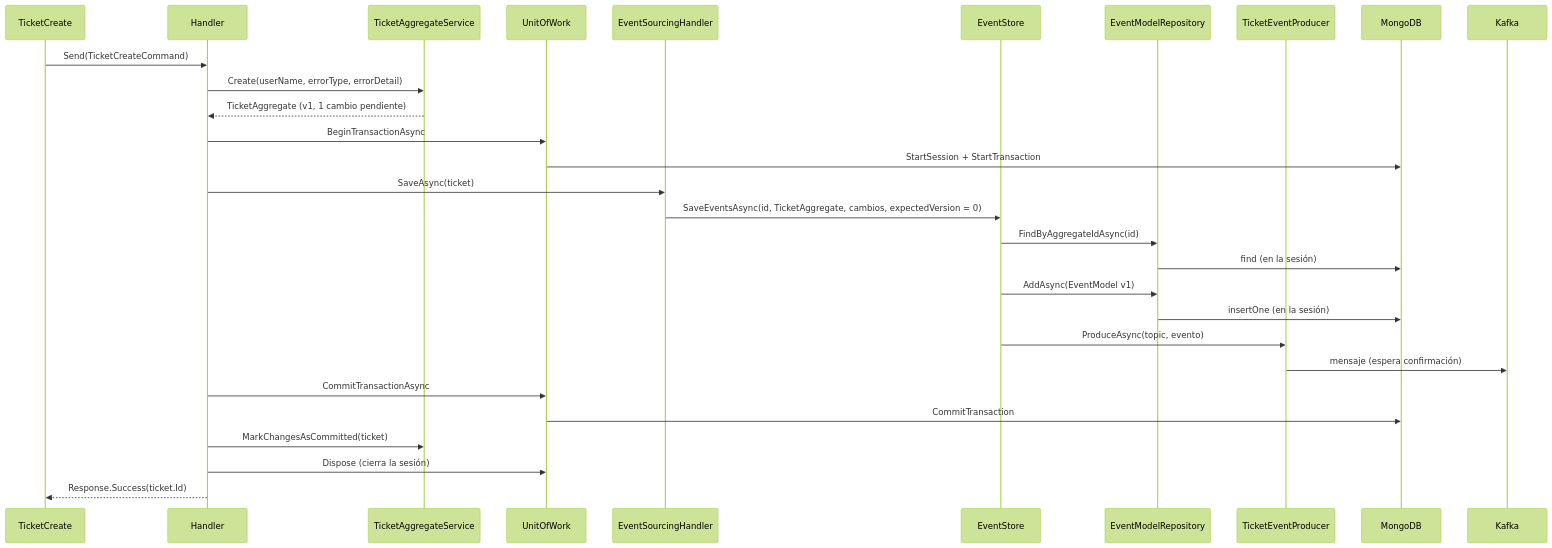
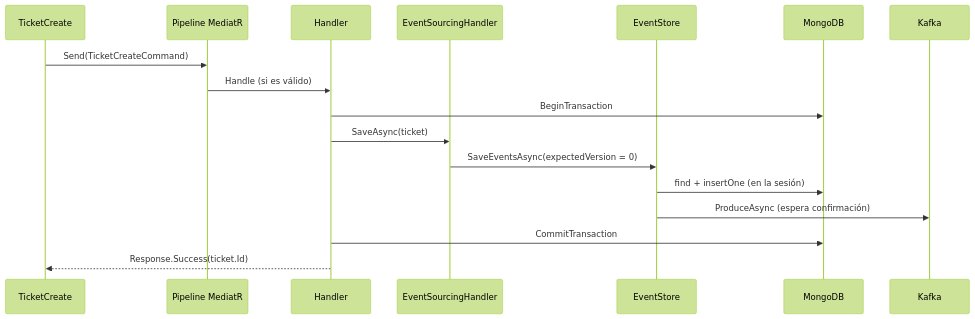
Before and after one commit to rubendevvalencia/BackendPortfolio: the second of 2 diagrams in Microservices-Events/docs/command/arquitectura.md, drawn with Mermaid (forest theme). The commit also changed other lines of this file and 11 other files, not shown here.

````diff
--- a/Microservices-Events/docs/command/arquitectura.md
+++ b/Microservices-Events/docs/command/arquitectura.md
@@ -229,31 +149,19 @@
 ```mermaid
 sequenceDiagram
     participant C as TicketCreate
+    participant V as Pipeline MediatR
     participant H as Handler
-    participant S as TicketAggregateService
-    participant U as UnitOfWork
     participant E as EventSourcingHandler
     participant ES as EventStore
-    participant R as EventModelRepository
-    participant P as TicketEventProducer
     participant M as MongoDB
     participant K as Kafka
-    C->>H: Send(TicketCreateCommand)
-    H->>S: Create(userName, errorType, errorDetail)
-    S-->>H: TicketAggregate (v1, 1 cambio pendiente)
-    H->>U: BeginTransactionAsync
-    U->>M: StartSession + StartTransaction
+    C->>V: Send(TicketCreateCommand)
+    V->>H: Handle (si es válido)
+    H->>M: BeginTransaction
     H->>E: SaveAsync(ticket)
-    E->>ES: SaveEventsAsync(id, TicketAggregate, cambios, expectedVersion = 0)
-    ES->>R: FindByAggregateIdAsync(id)
-    R->>M: find (en la sesión)
-    ES->>R: AddAsync(EventModel v1)
-    R->>M: insertOne (en la sesión)
-    ES->>P: ProduceAsync(topic, evento)
-    P->>K: mensaje (espera confirmación)
-    H->>U: CommitTransactionAsync
-    U->>M: CommitTransaction
-    H->>S: MarkChangesAsCommitted(ticket)
-    H->>U: Dispose (cierra la sesión)
+    E->>ES: SaveEventsAsync(expectedVersion = 0)
+    ES->>M: find + insertOne (en la sesión)
+    ES->>K: ProduceAsync (espera confirmación)
+    H->>M: CommitTransaction
     H-->>C: Response.Success(ticket.Id)
 ```
````
